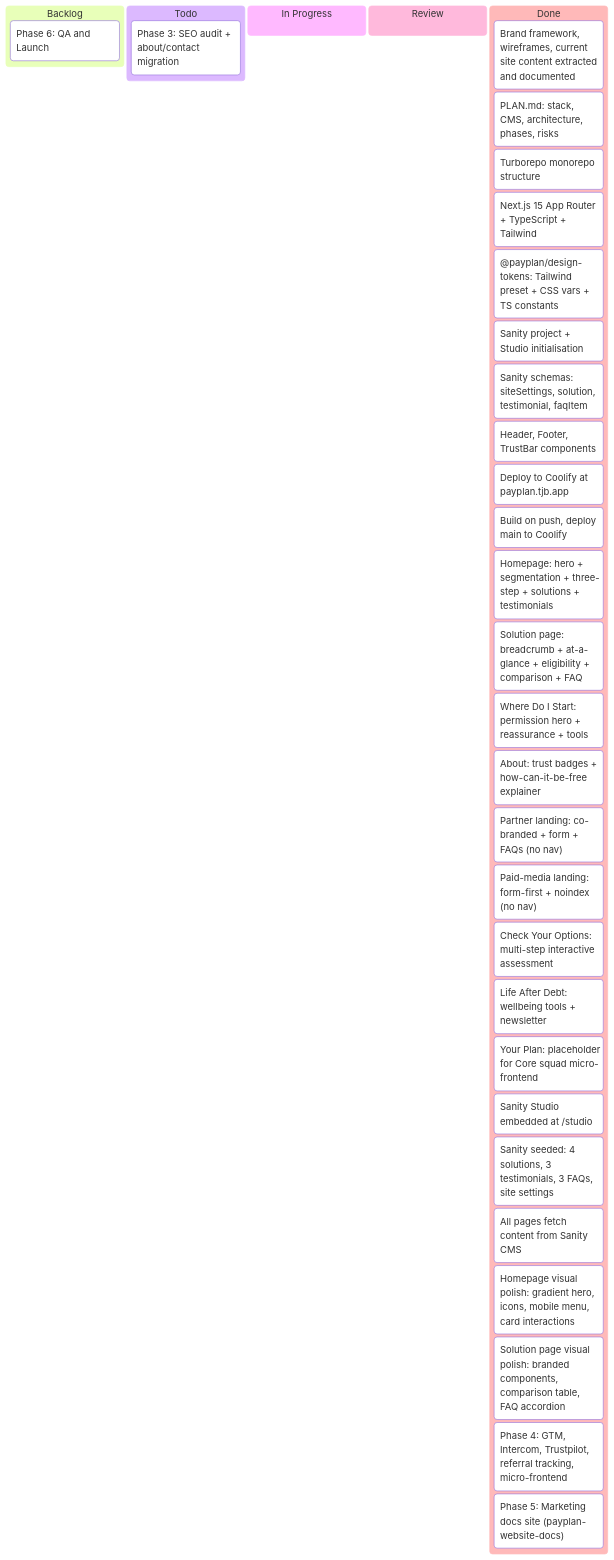
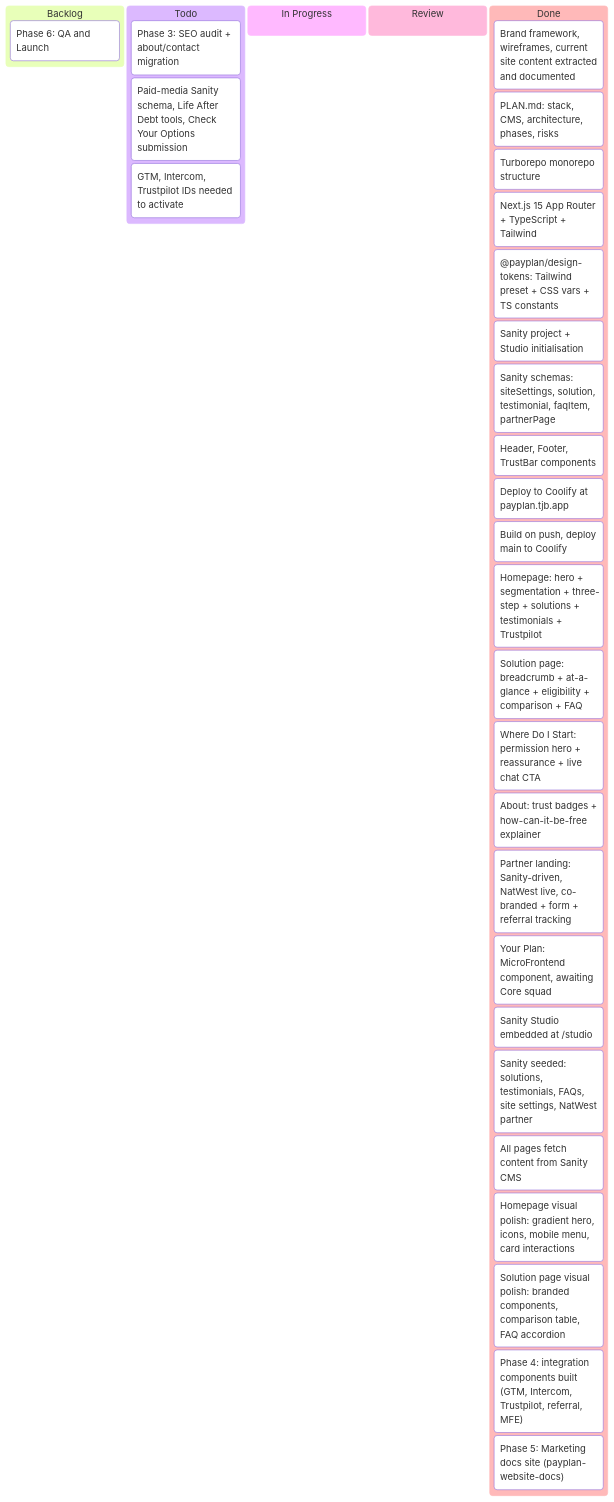
Before and after one commit to timothybroome/payplan-website: the diagram in KANBAN.md, drawn with Mermaid. The commit also changed other lines of this file, not shown here.

Commit message:
Kanban audit: flag incomplete pages and integration credentials needed

````diff
--- a/KANBAN.md
+++ b/KANBAN.md
@@ -3,39 +3,38 @@
 ```mermaid
 ---
 title: payplan-website
 ---
 kanban
   Backlog
     Phase 6 Launch["Phase 6: QA and Launch"]
   Todo
     Phase 3 Remaining["Phase 3: SEO audit + about/contact migration"]
+    Incomplete pages["Paid-media Sanity schema, Life After Debt tools, Check Your Options submission"]
+    Integration credentials["GTM, Intercom, Trustpilot IDs needed to activate"]
   In Progress
   Review
   Done
     Source materials["Brand framework, wireframes, current site content extracted and documented"]
     Technical plan["PLAN.md: stack, CMS, architecture, phases, risks"]
     Monorepo setup["Turborepo monorepo structure"]
     Next.js scaffold["Next.js 15 App Router + TypeScript + Tailwind"]
     Design tokens package["@payplan/design-tokens: Tailwind preset + CSS vars + TS constants"]
     Sanity project setup["Sanity project + Studio initialisation"]
-    Core schemas["Sanity schemas: siteSettings, solution, testimonial, faqItem"]
+    Core schemas["Sanity schemas: siteSettings, solution, testimonial, faqItem, partnerPage"]
     Layout components["Header, Footer, TrustBar components"]
     Coolify deploy["Deploy to Coolify at payplan.tjb.app"]
     CI pipeline["Build on push, deploy main to Coolify"]
-    Homepage["Homepage: hero + segmentation + three-step + solutions + testimonials"]
+    Homepage["Homepage: hero + segmentation + three-step + solutions + testimonials + Trustpilot"]
     Solution page["Solution page: breadcrumb + at-a-glance + eligibility + comparison + FAQ"]
-    Where Do I Start["Where Do I Start: permission hero + reassurance + tools"]
+    Where Do I Start["Where Do I Start: permission hero + reassurance + live chat CTA"]
     About page["About: trust badges + how-can-it-be-free explainer"]
-    Partner landing["Partner landing: co-branded + form + FAQs (no nav)"]
-    Paid-media landing["Paid-media landing: form-first + noindex (no nav)"]
-    Self-serve assessment["Check Your Options: multi-step interactive assessment"]
-    Life After Debt["Life After Debt: wellbeing tools + newsletter"]
-    Your Plan placeholder["Your Plan: placeholder for Core squad micro-frontend"]
+    Partner landing["Partner landing: Sanity-driven, NatWest live, co-branded + form + referral tracking"]
+    Your Plan placeholder["Your Plan: MicroFrontend component, awaiting Core squad"]
     Sanity Studio route["Sanity Studio embedded at /studio"]
-    Content seed["Sanity seeded: 4 solutions, 3 testimonials, 3 FAQs, site settings"]
+    Content seed["Sanity seeded: solutions, testimonials, FAQs, site settings, NatWest partner"]
     CMS wiring["All pages fetch content from Sanity CMS"]
     Visual polish hp["Homepage visual polish: gradient hero, icons, mobile menu, card interactions"]
     Visual polish sol["Solution page visual polish: branded components, comparison table, FAQ accordion"]
-    Phase 4 Integration["Phase 4: GTM, Intercom, Trustpilot, referral tracking, micro-frontend"]
+    Phase 4 infra["Phase 4: integration components built (GTM, Intercom, Trustpilot, referral, MFE)"]
     Phase 5 Guide["Phase 5: Marketing docs site (payplan-website-docs)"]
 ```
````
